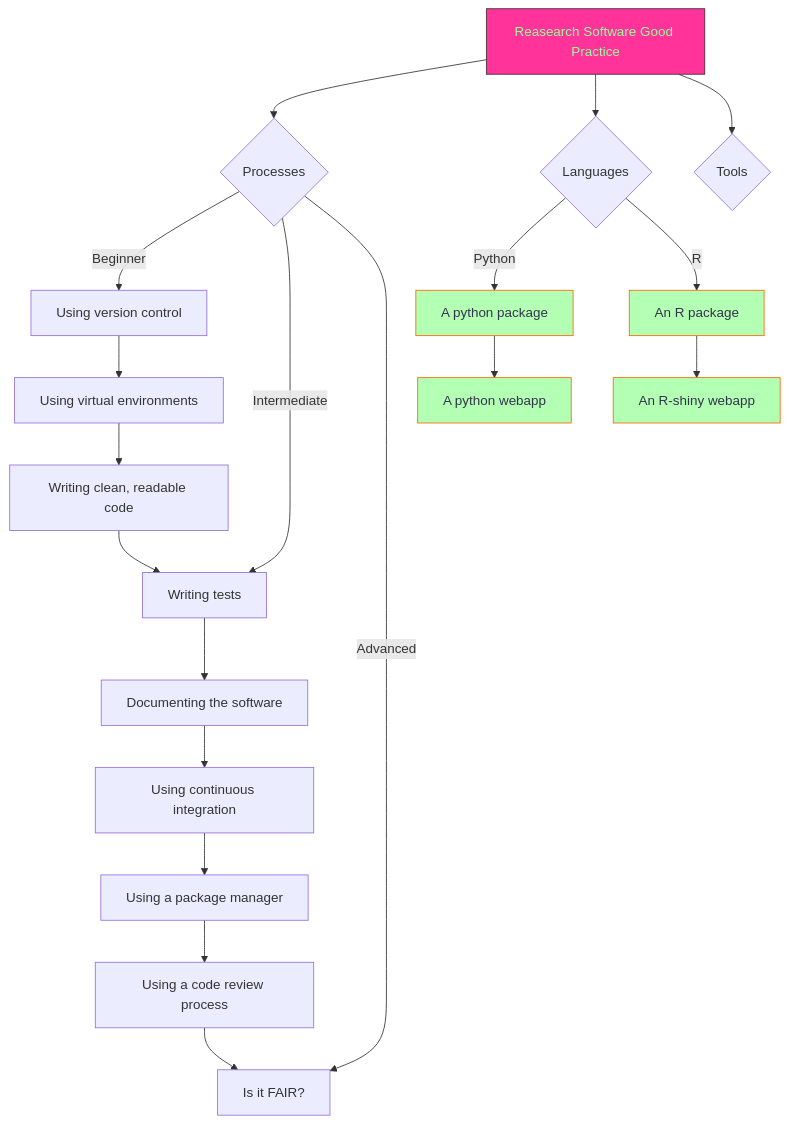
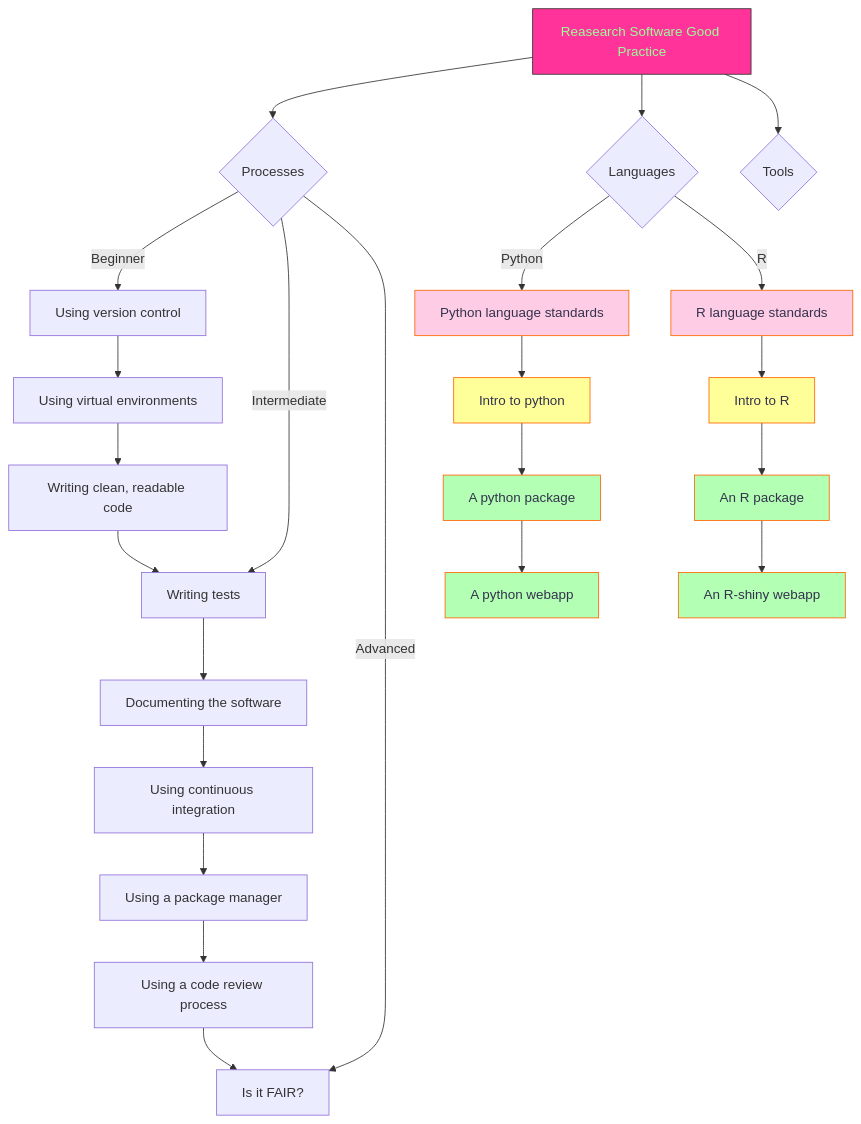
The second of 2 diagrams in docs/index.md (ICR-SC/good-practice), drawn with Mermaid before and after one commit. The commit also changed other lines of this file, not shown here.

Commit message:
Added some language

````diff
--- a/docs/index.md
+++ b/docs/index.md
@@ -19,27 +19,35 @@
 ``` mermaid
 flowchart TD  
   A[Reasearch Software Good Practice] --> B{Processes};
   B -->|Beginner| C[Using version control];
   C --> D[Using virtual environments];
   D --> E[Writing clean, readable code];
   E --> F[Writing tests];
   B ---->|Intermediate| F;
   F --> G[Documenting the software];
   G --> H[Using continuous integration];
   H --> I[Using a package manager];
   I --> J[Using a code review process];
   J --> K[Is it FAIR?];
   B ---->|Advanced| K;
   A --> EB{Languages};
-  EB --> |Python| PA[A python package];
-  PA --> PB[A python webapp];
-  EB --> |R| RA[An R package];
-  RA --> RB[An R-shiny webapp];
-  A --> TA{Tools};  
+  EB --> |Python| PA[Python language standards];
+  PA --> PB[Intro to python];
+  PB --> PC[A python package];
+  PC --> PD[A python webapp];
+  EB --> |R| RA[R language standards];
+  RA --> RB[Intro to R];
+  RB --> RC[An R package];
+  RC --> RD[An R-shiny webapp];
+  A --> TA{Tools};
   style A fill:#ff3399,stroke:#333,stroke-width:1px,color:#99ff99
   click A "https://icr-rse-group.github.io/good-practice/about/" "RS Good Practice"
-  style PA fill:#b3ffb3,stroke:#ff6600,stroke-width:1px,color:#33334d
-  style PB fill:#b3ffb3,stroke:#ff6600,stroke-width:1px,color:#33334d
-  style RA fill:#b3ffb3,stroke:#ff6600,stroke-width:1px,color:#33334d
-  style RB fill:#b3ffb3,stroke:#ff6600,stroke-width:1px,color:#33334d
+  style PA fill:#ffcce6,stroke:#ff6600,stroke-width:1px,color:#33334d
+  style PB fill:#ffff99,stroke:#ff6600,stroke-width:1px,color:#33334d
+  style PC fill:#b3ffb3,stroke:#ff6600,stroke-width:1px,color:#33334d
+  style PD fill:#b3ffb3,stroke:#ff6600,stroke-width:1px,color:#33334d
+  style RA fill:#ffcce6,stroke:#ff6600,stroke-width:1px,color:#33334d
+  style RB fill:#ffff99,stroke:#ff6600,stroke-width:1px,color:#33334d
+  style RC fill:#b3ffb3,stroke:#ff6600,stroke-width:1px,color:#33334d
+  style RD fill:#b3ffb3,stroke:#ff6600,stroke-width:1px,color:#33334d
 ```
````
